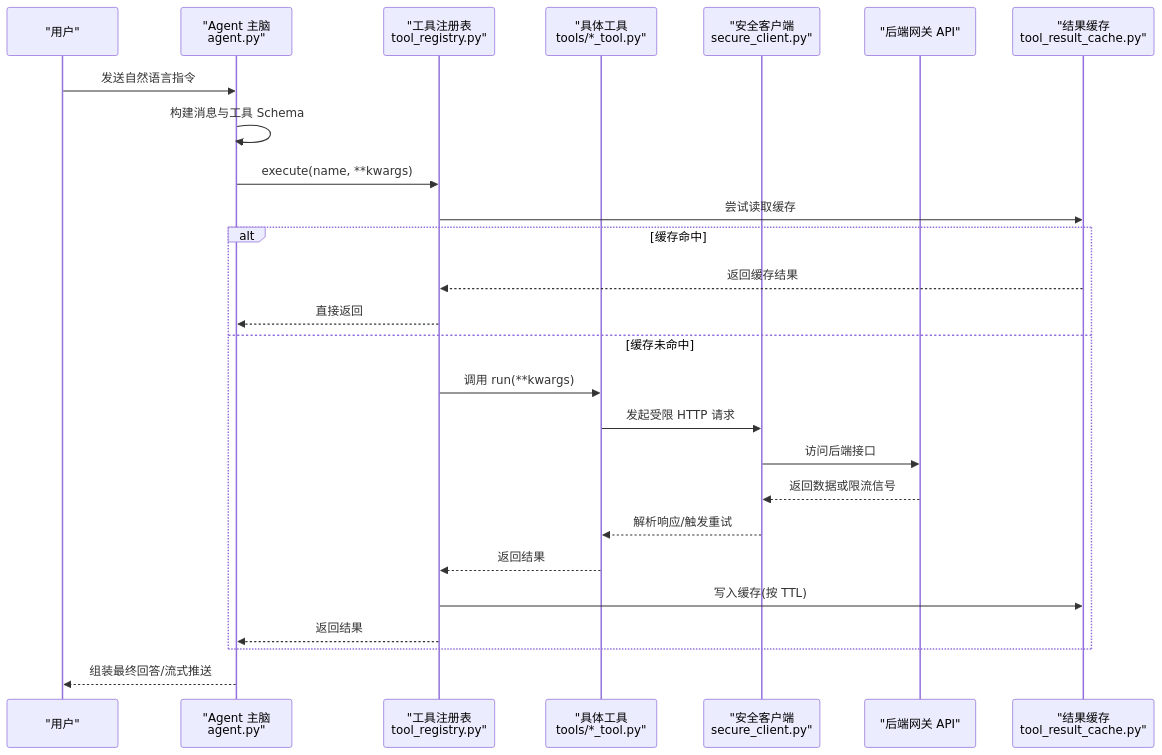
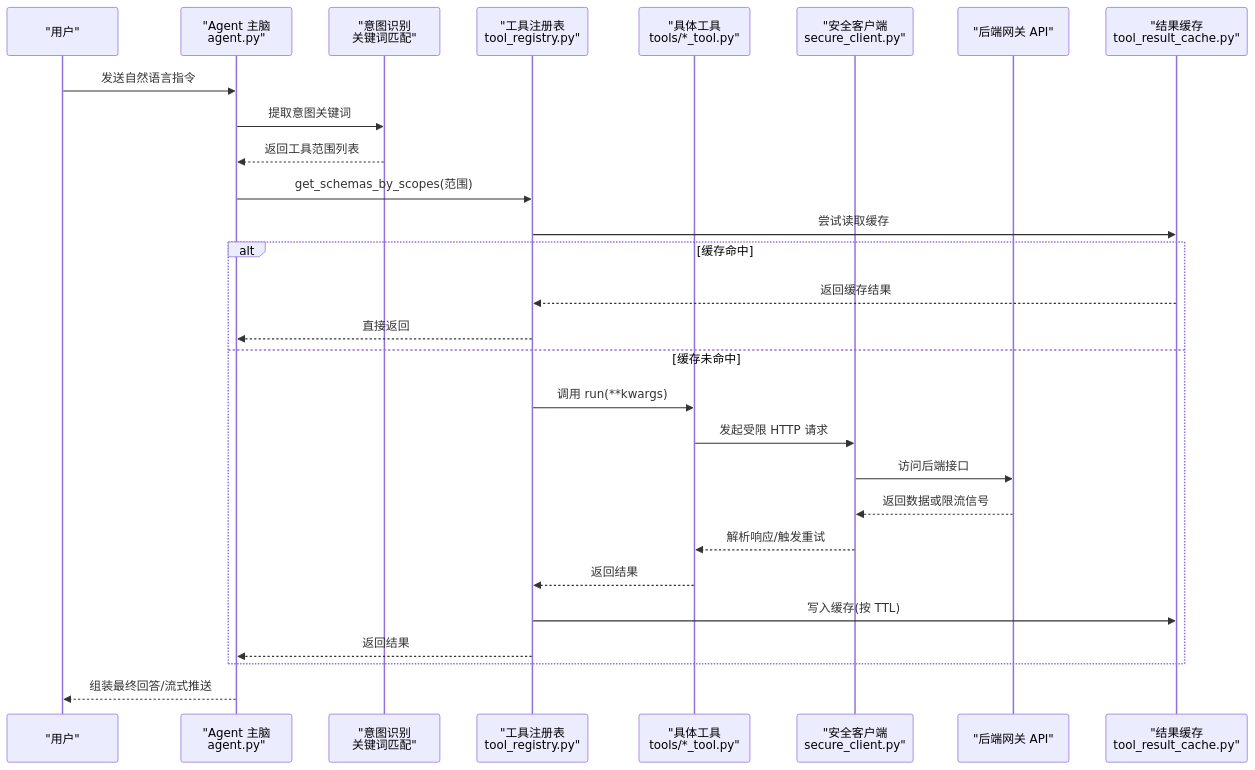
One commit to songlinhe5-lab/quant_agent changed the second of 12 diagrams in .qoder/repowiki/zh/content/AI智能代理系统/工具链集成系统/工具链集成系统.md. Above: the diagram before and after it, drawn with Mermaid. The commit also changed other lines of this file and 296 other files, not shown here.

````diff
--- a/.qoder/repowiki/zh/content/AI智能代理系统/工具链集成系统/工具链集成系统.md
+++ b/.qoder/repowiki/zh/content/AI智能代理系统/工具链集成系统/工具链集成系统.md
@@ -89,28 +106,30 @@
 ```mermaid
 sequenceDiagram
 participant U as "用户"
 participant A as "Agent 主脑<br/>agent.py"
+participant IR as "意图识别<br/>关键词匹配"
 participant R as "工具注册表<br/>tool_registry.py"
 participant T as "具体工具<br/>tools/*_tool.py"
 participant S as "安全客户端<br/>secure_client.py"
 participant B as "后端网关 API"
 participant C as "结果缓存<br/>tool_result_cache.py"
 U->>A : 发送自然语言指令
-A->>A : 构建消息与工具 Schema
-A->>R : execute(name, **kwargs)
+A->>IR : 提取意图关键词
+IR-->>A : 返回工具范围列表
+A->>R : get_schemas_by_scopes(范围)
 R->>C : 尝试读取缓存
 alt 缓存命中
 C-->>R : 返回缓存结果
 R-->>A : 直接返回
 else 缓存未命中
 R->>T : 调用 run(**kwargs)
 T->>S : 发起受限 HTTP 请求
 S->>B : 访问后端接口
 B-->>S : 返回数据或限流信号
 S-->>T : 解析响应/触发重试
 T-->>R : 返回结果
 R->>C : 写入缓存(按 TTL)
 R-->>A : 返回结果
 end
 A-->>U : 组装最终回答/流式推送
 ```
````
